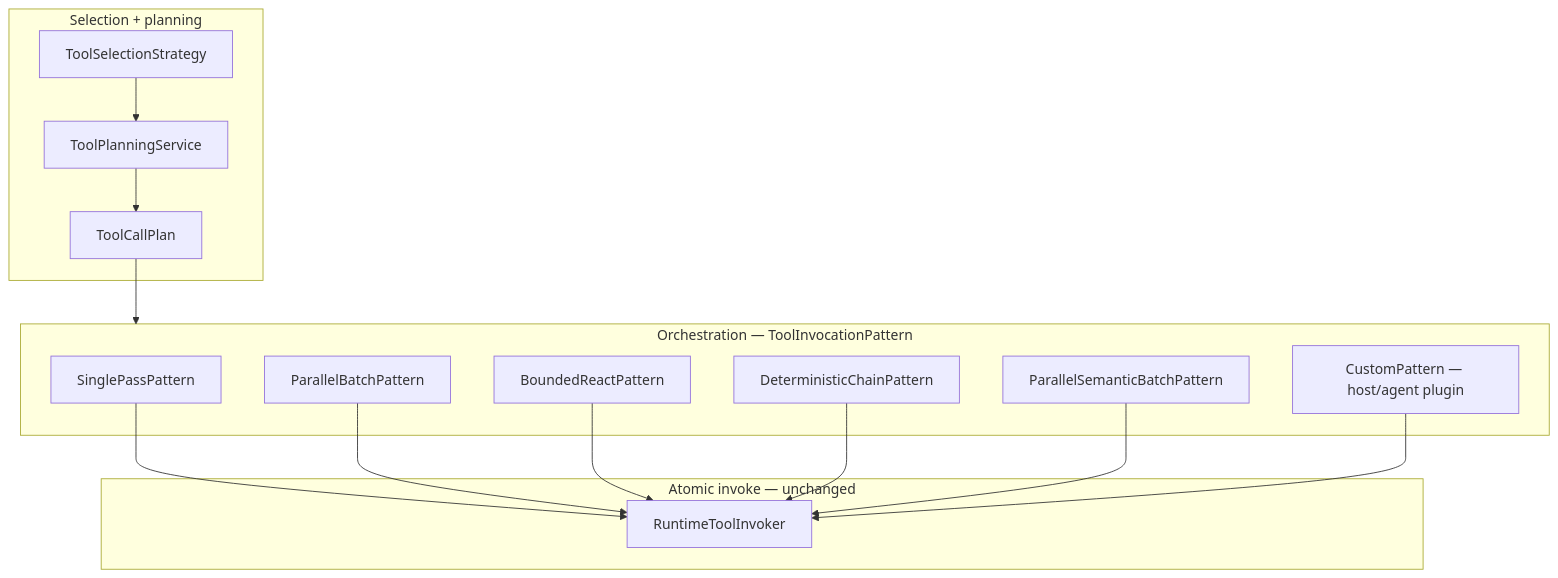
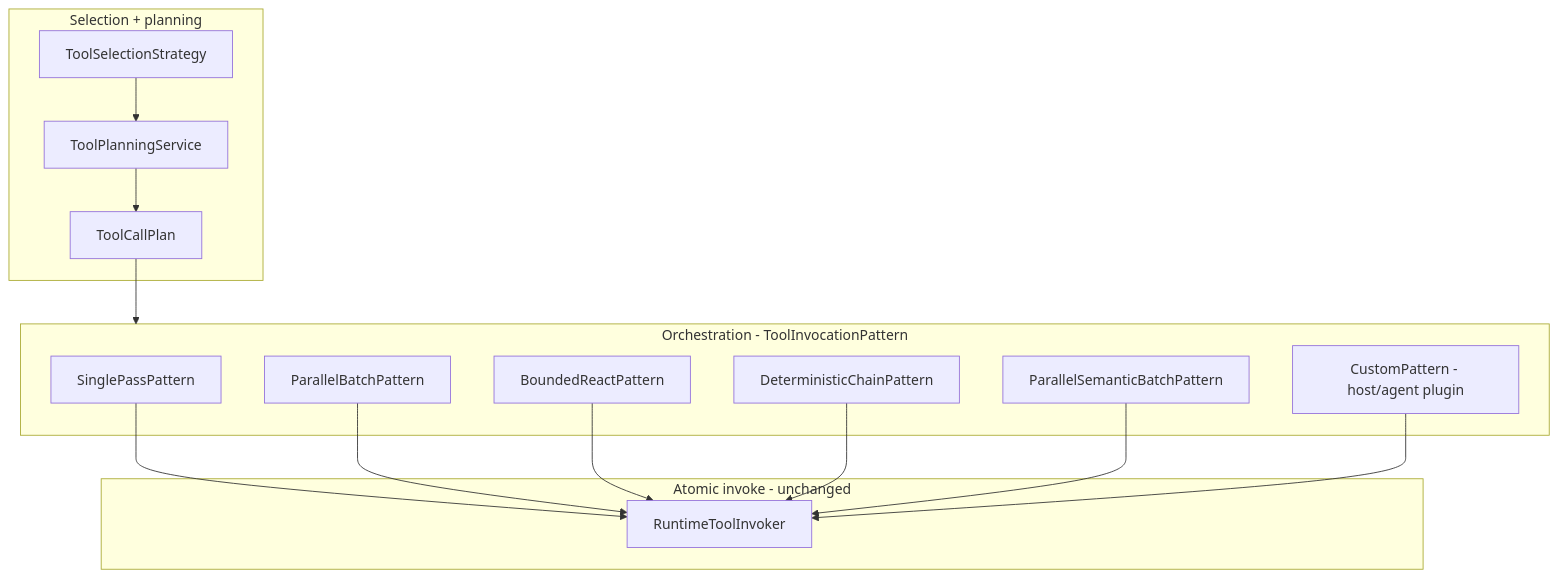
Before and after one commit to jakbuczarnecki/intergrax: the diagram in docs/project/architecture/satellites/TOOLS_runtime_config_reference.md, drawn with Mermaid. The commit also changed other lines of this file and 863 other files, not shown here.

````diff
--- a/docs/project/architecture/satellites/TOOLS_runtime_config_reference.md
+++ b/docs/project/architecture/satellites/TOOLS_runtime_config_reference.md
@@ -162,24 +162,24 @@
 ```mermaid
 flowchart TD
     subgraph SelectPlan["Selection + planning"]
         TSS[ToolSelectionStrategy]
         TPS[ToolPlanningService]
         TCP[ToolCallPlan]
     end
 
-    subgraph Orch["Orchestration — ToolInvocationPattern"]
+    subgraph Orch["Orchestration - ToolInvocationPattern"]
         SP[SinglePassPattern]
         PB[ParallelBatchPattern]
         BC[BoundedReactPattern]
         DC[DeterministicChainPattern]
         PSB[ParallelSemanticBatchPattern]
-        CU[CustomPattern — host/agent plugin]
+        CU[CustomPattern - host/agent plugin]
     end
 
-    subgraph Atom["Atomic invoke — unchanged"]
+    subgraph Atom["Atomic invoke - unchanged"]
         RTI[RuntimeToolInvoker]
     end
 
     TSS --> TPS --> TCP --> Orch
     SP & PB & BC & DC & PSB & CU --> RTI
 ```
````
